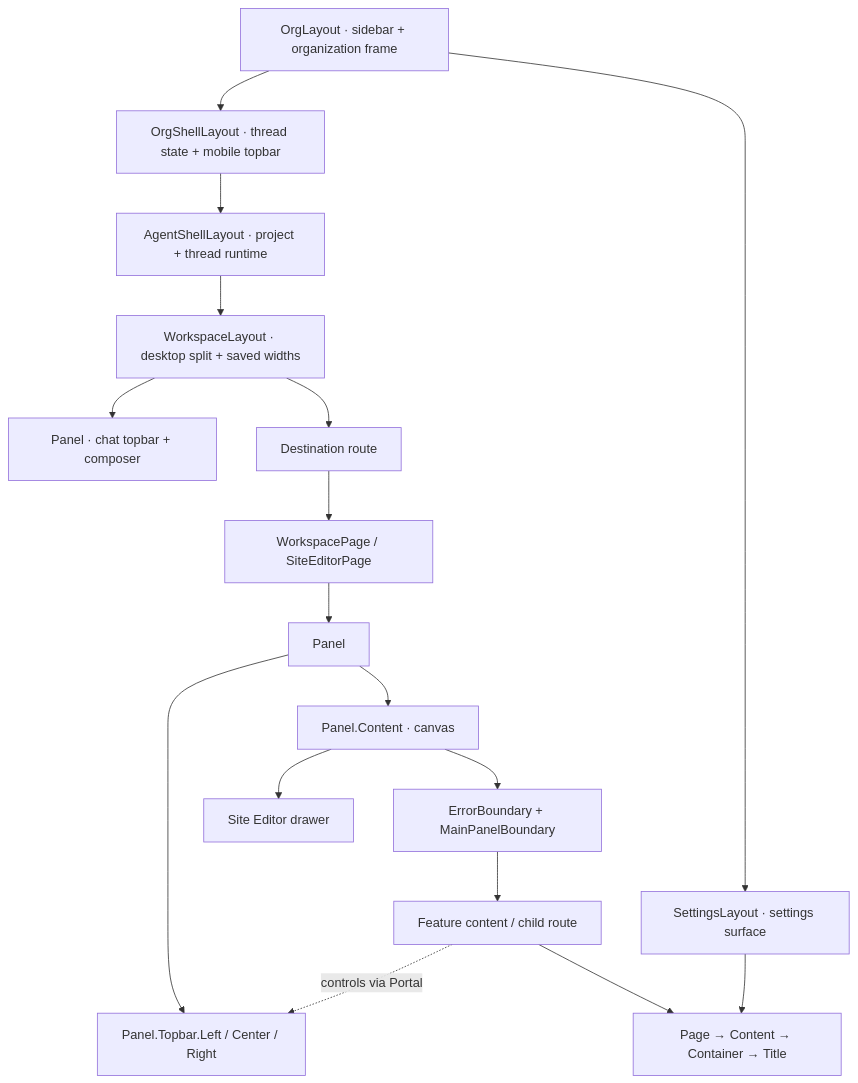
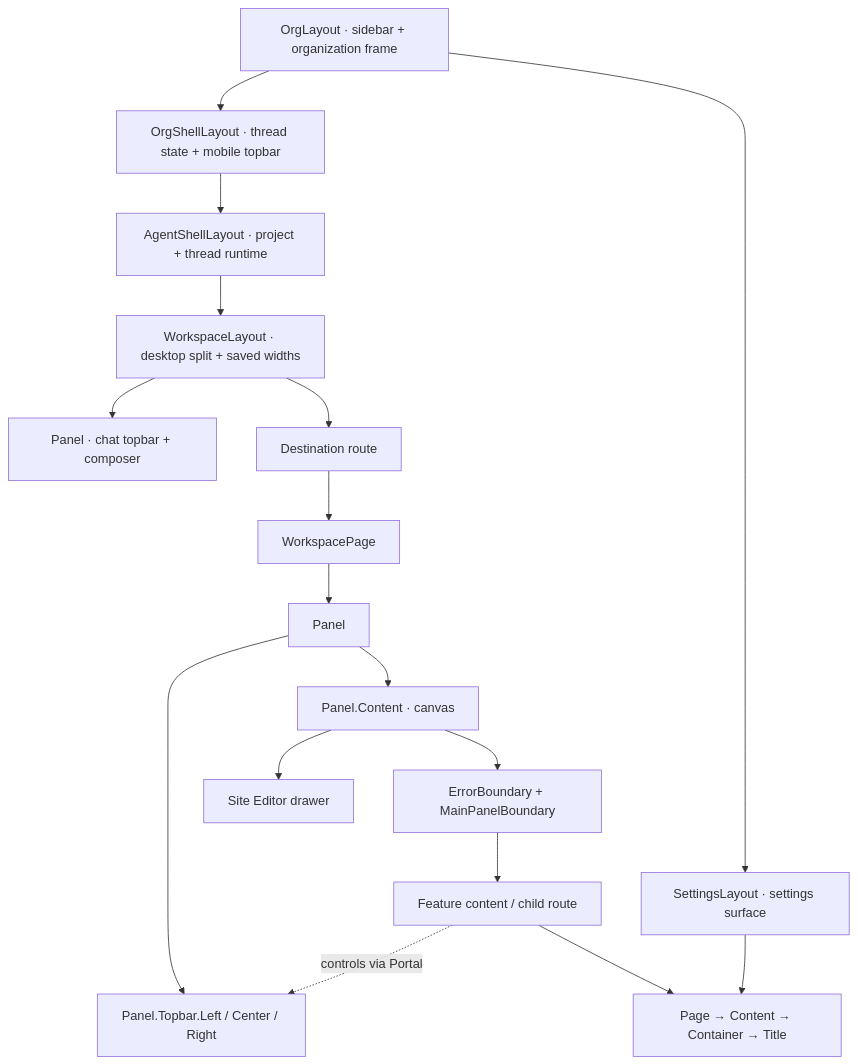
One commit to decocms/studio changed the diagram in apps/web/docs/component-architecture.md. Above: the diagram before and after it, drawn with Mermaid. The commit also changed other lines of this file and 4 other files, not shown here.

Commit message:
refactor(web): compose site editor directly in its route

````diff
--- a/apps/web/docs/component-architecture.md
+++ b/apps/web/docs/component-architecture.md
@@ -23,20 +23,20 @@
 ```mermaid
 flowchart TD
   Org["OrgLayout · sidebar + organization frame"]
   Org --> Shell["OrgShellLayout · thread state + mobile topbar"]
   Org --> Settings["SettingsLayout · settings surface"]
   Shell --> Runtime["AgentShellLayout · project + thread runtime"]
   Runtime --> Workspace["WorkspaceLayout · desktop split + saved widths"]
   Workspace --> Chat["Panel · chat topbar + composer"]
   Workspace --> Route["Destination route"]
-  Route --> Recipe["WorkspacePage / SiteEditorPage"]
+  Route --> Recipe["WorkspacePage"]
   Recipe --> Surface["Panel"]
   Surface --> Topbar["Panel.Topbar.Left / Center / Right"]
   Surface --> Body["Panel.Content · canvas"]
   Body --> Boundary["ErrorBoundary + MainPanelBoundary"]
   Boundary --> Content["Feature content / child route"]
   Body --> Drawer["Site Editor drawer"]
   Content -. controls via Portal .-> Topbar
   Content --> Document["Page → Content → Container → Title"]
   Settings --> Document
 ```
````
